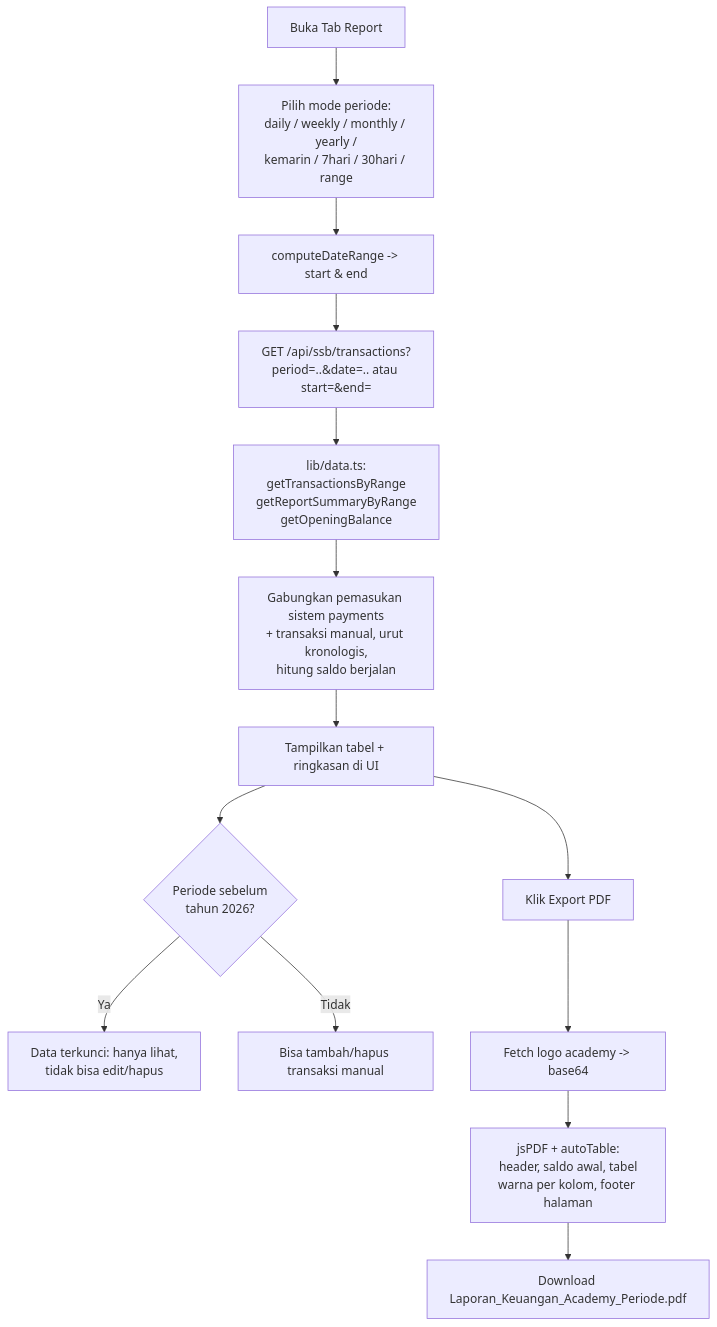
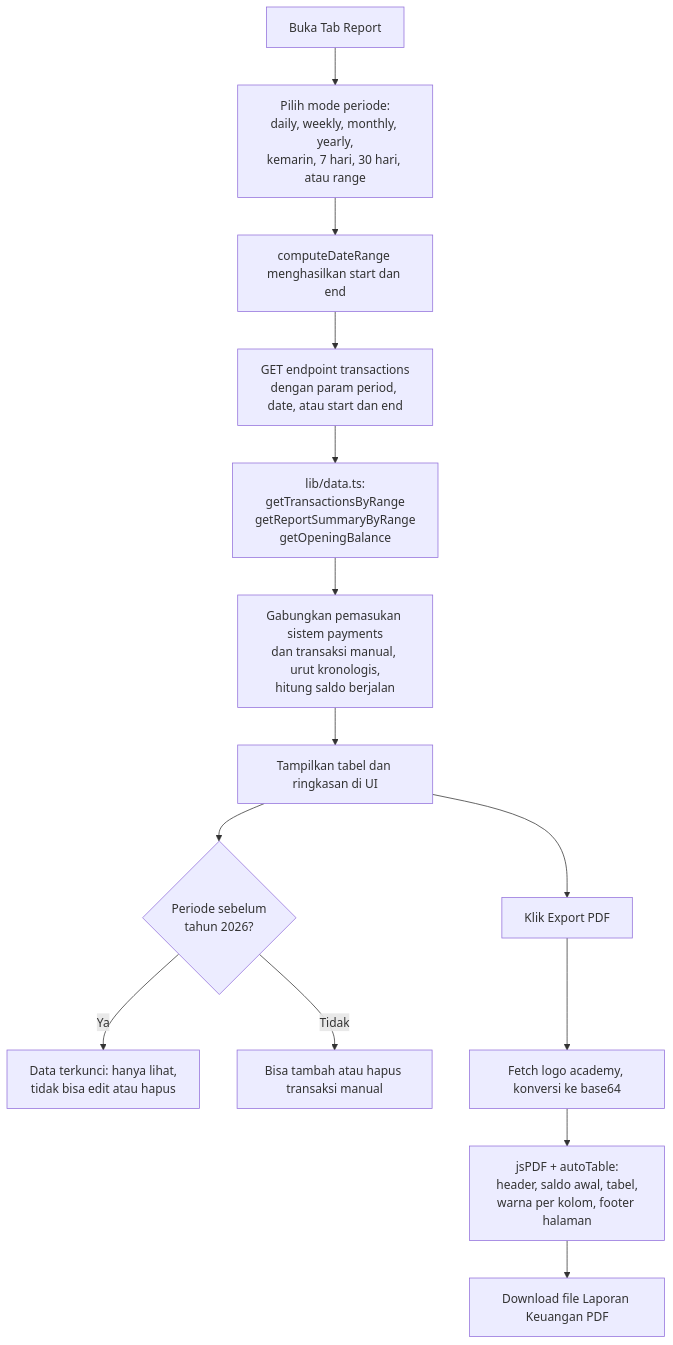
Before and after one commit to EzraNahumury/web_ssb: the sixth of 7 diagrams in README.md, drawn with Mermaid. The commit also changed other lines of this file, not shown here.

First line of the commit message:
docs: fix mermaid diagram syntax for GitHub rendering

````diff
--- a/README.md
+++ b/README.md
@@ -181,17 +181,17 @@
 ```mermaid
 flowchart TD
-    OPENREP[Buka Tab Report] --> PICKPERIOD[Pilih mode periode:<br/>daily / weekly / monthly / yearly /<br/>kemarin / 7hari / 30hari / range]
-    PICKPERIOD --> RANGE[computeDateRange -> start & end]
-    RANGE --> REQ[GET /api/ssb/transactions?period=..&date=.. atau start=&end=]
-    REQ --> AGG[lib/data.ts:<br/>getTransactionsByRange<br/>getReportSummaryByRange<br/>getOpeningBalance]
-    AGG --> MERGE[Gabungkan pemasukan sistem payments<br/>+ transaksi manual, urut kronologis,<br/>hitung saldo berjalan]
-    MERGE --> VIEW[Tampilkan tabel + ringkasan di UI]
-    VIEW --> LOCK{Periode sebelum<br/>tahun 2026?}
-    LOCK -- Ya --> READONLY[Data terkunci: hanya lihat,<br/>tidak bisa edit/hapus]
-    LOCK -- Tidak --> EDITABLE[Bisa tambah/hapus transaksi manual]
+    OPENREP["Buka Tab Report"] --> PICKPERIOD["Pilih mode periode:<br/>daily, weekly, monthly, yearly,<br/>kemarin, 7 hari, 30 hari, atau range"]
+    PICKPERIOD --> RANGE["computeDateRange menghasilkan start dan end"]
+    RANGE --> REQ["GET endpoint transactions<br/>dengan param period, date, atau start dan end"]
+    REQ --> AGG["lib/data.ts:<br/>getTransactionsByRange<br/>getReportSummaryByRange<br/>getOpeningBalance"]
+    AGG --> MERGE["Gabungkan pemasukan sistem payments<br/>dan transaksi manual, urut kronologis,<br/>hitung saldo berjalan"]
+    MERGE --> VIEW["Tampilkan tabel dan ringkasan di UI"]
+    VIEW --> LOCK{"Periode sebelum<br/>tahun 2026?"}
+    LOCK -- Ya --> READONLY["Data terkunci: hanya lihat,<br/>tidak bisa edit atau hapus"]
+    LOCK -- Tidak --> EDITABLE["Bisa tambah atau hapus transaksi manual"]
 
-    VIEW --> EXPORT[Klik Export PDF]
-    EXPORT --> LOGO[Fetch logo academy -> base64]
-    LOGO --> BUILD[jsPDF + autoTable:<br/>header, saldo awal, tabel<br/>warna per kolom, footer halaman]
-    BUILD --> FILE[Download Laporan_Keuangan_Academy_Periode.pdf]
+    VIEW --> EXPORT["Klik Export PDF"]
+    EXPORT --> LOGO["Fetch logo academy, konversi ke base64"]
+    LOGO --> BUILD["jsPDF + autoTable:<br/>header, saldo awal, tabel,<br/>warna per kolom, footer halaman"]
+    BUILD --> FILE["Download file Laporan Keuangan PDF"]
 ```
````
